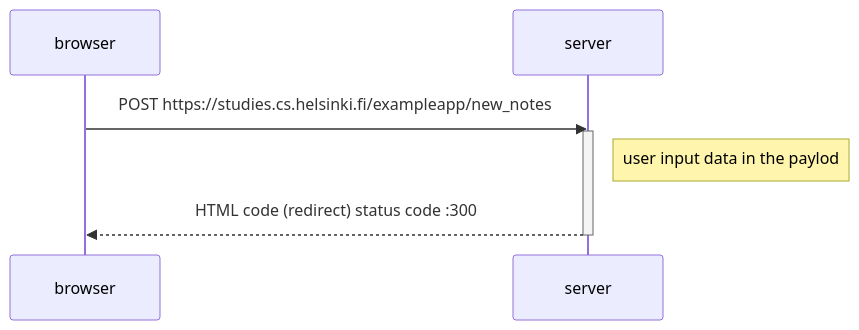
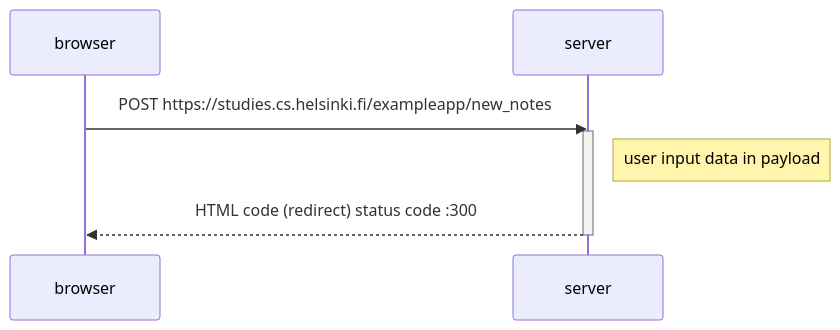
The diagram in 0.4.md (andersonkwok/git001), drawn with Mermaid before and after one commit.

````diff
--- a/0.4.md
+++ b/0.4.md
@@ -2,12 +2,12 @@
 ```mermaid
 sequenceDiagram
     participant browser
     participant server
 
     browser->>server: POST https://studies.cs.helsinki.fi/exampleapp/new_notes
     activate server
-    Note right of server: user input data in the paylod
+    Note right of server: user input data in payload
     server-->>browser: HTML code (redirect) status code :300
     deactivate server
 
 ```
````
